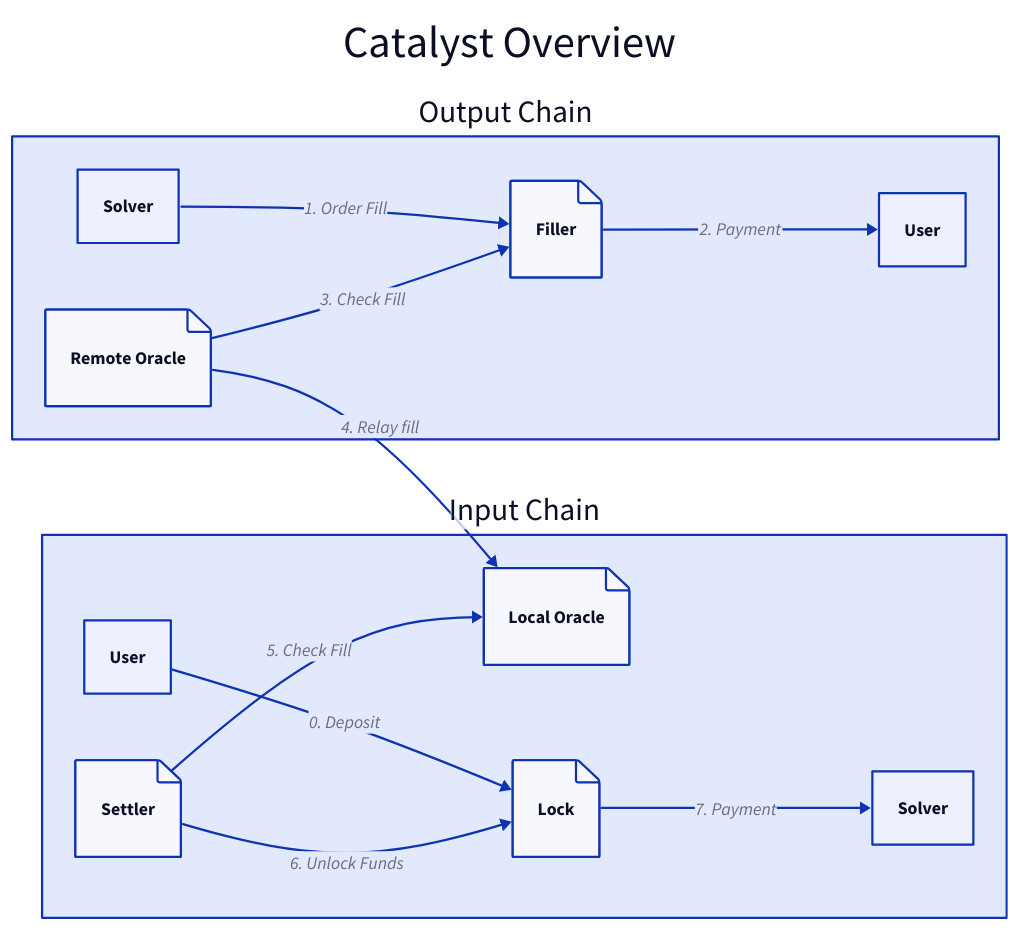
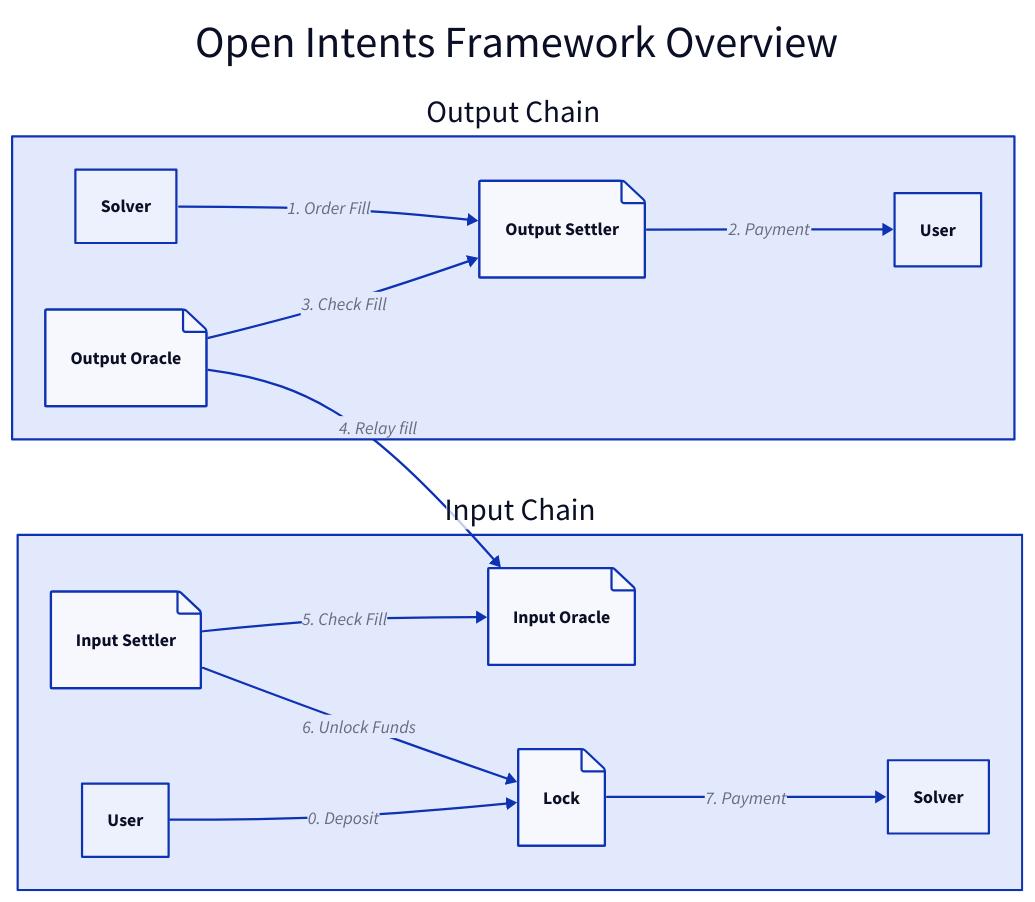
The diagram in src/content/docs/index.mdx (catalystsystem/catalyst-documentation), drawn with D2 before and after one commit. The commit also changed other lines of this file and 22 other files, not shown here.

````diff
--- a/src/content/docs/index.mdx
+++ b/src/content/docs/index.mdx
@@ -21,33 +19,32 @@
 ```d2
 style.fill: transparent
 direction: right
 
-title: Catalyst Overview {
+title: Open Intents Framework Overview {
   near: top-center
   shape: text
   style: {
     font-size: 40
   }
 }
 
-Output Chain.Remote Oracle -> Input Chain.Local Oracle: 4. Relay fill
+Output Chain.Output Oracle -> Input Chain.Input Oracle: 4. Relay fill
 
 Input Chain: {
+  Input Settler -> Input Oracle: 5. Check Fill
+  Input Settler -> Lock: 6. Unlock Funds
+  Lock -> Solver: 7. Payment
+  Input Oracle.shape: page
+  Lock.shape: page
+  Input Settler.shape: page
   User -> Lock: 0. Deposit
-  Settler -> Local Oracle: 5. Check Fill
-  Settler -> Lock: 6. Unlock Funds
-  Lock -> Solver: 7. Payment
-  Local Oracle.shape: page
-  Lock.shape: page
-  Settler.shape: page
 }
 
 Output Chain: {
-  Solver -> Filler: 1. Order Fill
-  Filler -> User: 2. Payment
-  Remote Oracle -> Filler: 3. Check Fill
-  Remote Oracle.shape: page
-  Filler.shape: page
+  Solver -> Output Settler: 1. Order Fill
+  Output Settler -> User: 2. Payment
+  Output Oracle -> Output Settler: 3. Check Fill
+  Output Oracle.shape: page
+  Output Settler.shape: page
 }
-
 ```
````
